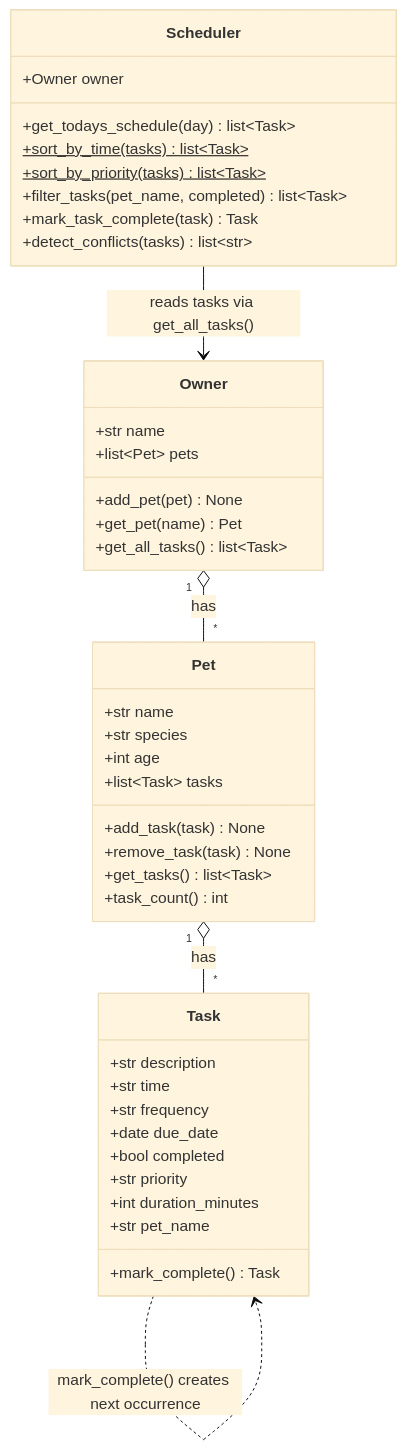
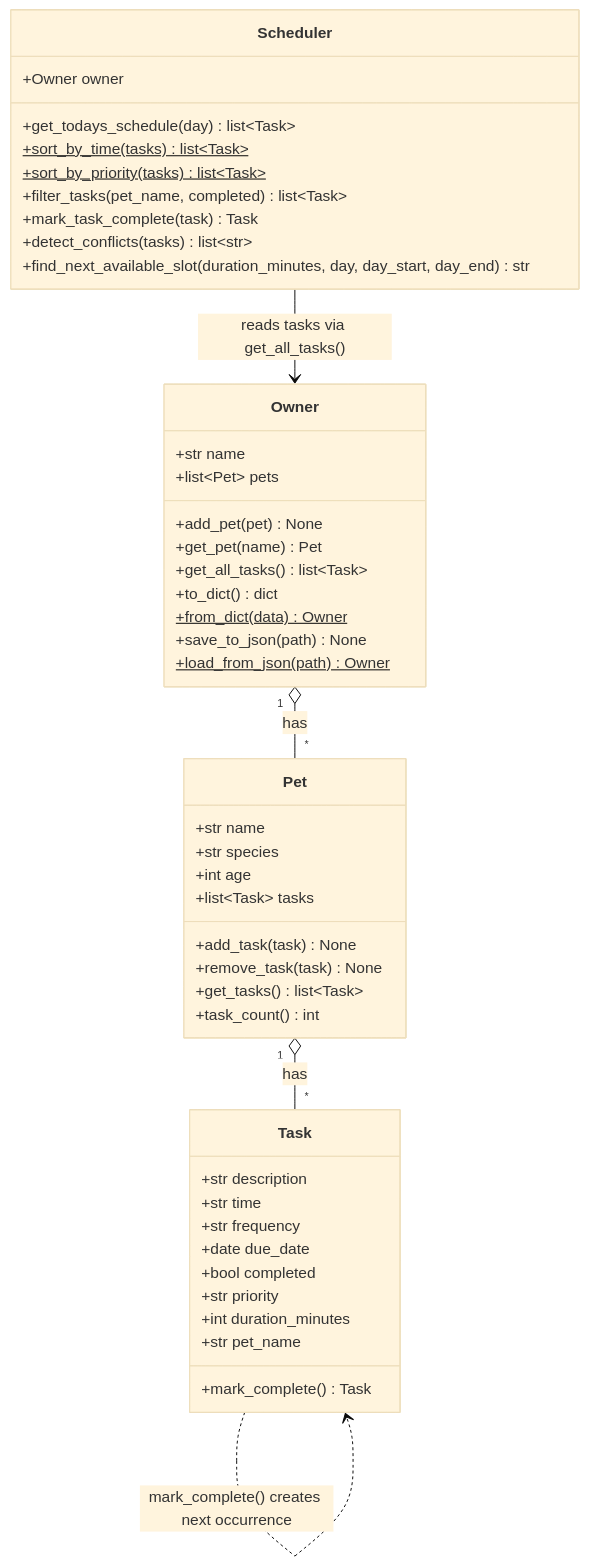
The diagram in diagrams/uml_final.mmd (ThejoT/ai110-module2show-pawpal-starter), drawn with Mermaid (base theme) before and after one commit. The commit also changed 4 other files, not shown here.

First line of the commit message:
feat: show free-slot finder in UI, save app data to data.json, update demo and UML

```diff
--- a/diagrams/uml_final.mmd
+++ b/diagrams/uml_final.mmd
@@ -1,46 +1,51 @@
 classDiagram
     class Owner {
         +str name
         +list~Pet~ pets
         +add_pet(pet) None
         +get_pet(name) Pet
         +get_all_tasks() list~Task~
+        +to_dict() dict
+        +from_dict(data)$ Owner
+        +save_to_json(path) None
+        +load_from_json(path)$ Owner
     }
 
     class Pet {
         +str name
         +str species
         +int age
         +list~Task~ tasks
         +add_task(task) None
         +remove_task(task) None
         +get_tasks() list~Task~
         +task_count() int
     }
 
     class Task {
         +str description
         +str time
         +str frequency
         +date due_date
         +bool completed
         +str priority
         +int duration_minutes
         +str pet_name
         +mark_complete() Task
     }
 
     class Scheduler {
         +Owner owner
         +get_todays_schedule(day) list~Task~
         +sort_by_time(tasks)$ list~Task~
         +sort_by_priority(tasks)$ list~Task~
         +filter_tasks(pet_name, completed) list~Task~
         +mark_task_complete(task) Task
         +detect_conflicts(tasks) list~str~
+        +find_next_available_slot(duration_minutes, day, day_start, day_end) str
     }
 
     Owner "1" o-- "*" Pet : has
     Pet "1" o-- "*" Task : has
     Scheduler --> Owner : reads tasks via get_all_tasks()
     Task ..> Task : mark_complete() creates next occurrence
```
